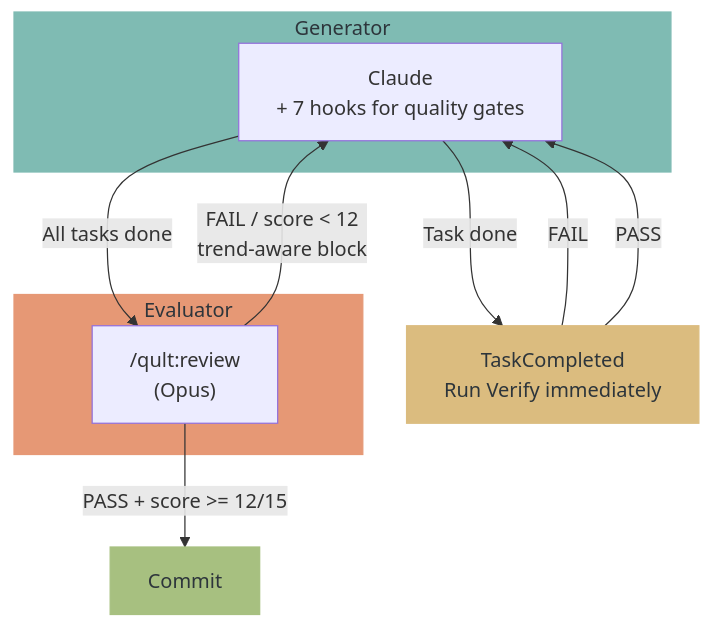
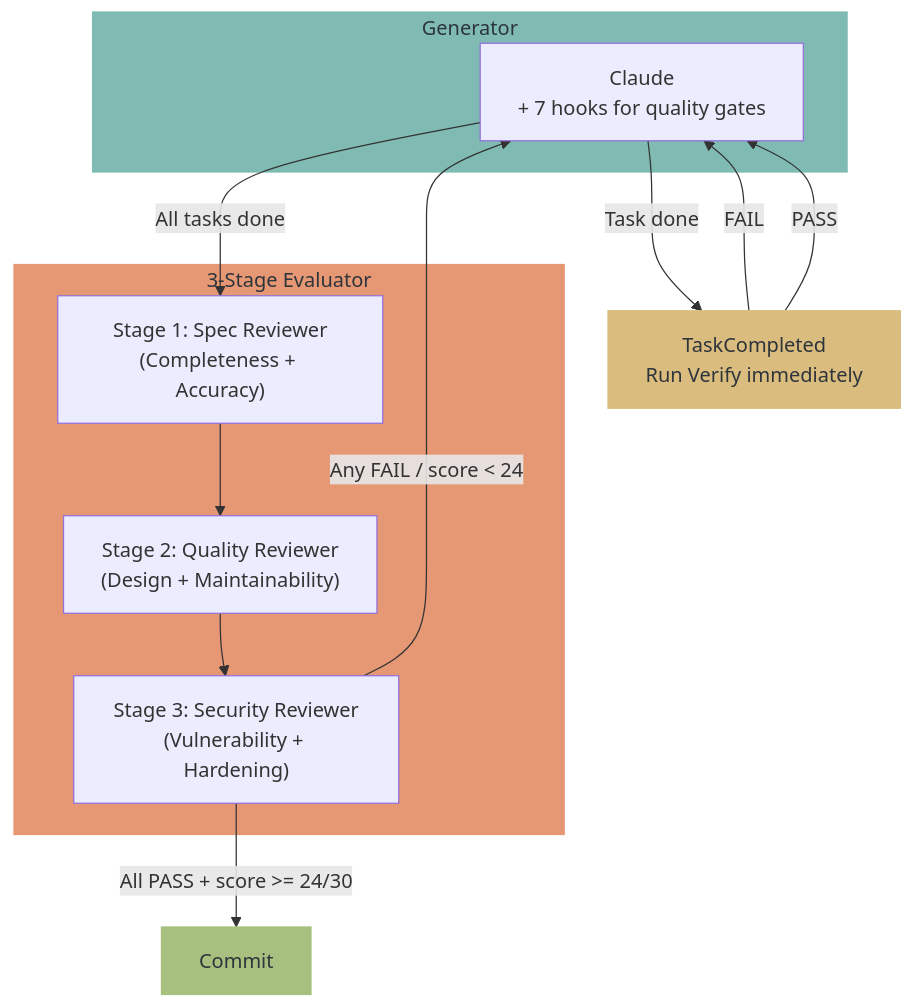
The second of 2 diagrams in README.md (hir4ta/qult), drawn with Mermaid before and after one commit. The commit also changed other lines of this file and 22 other files, not shown here.

````diff
--- a/README.md
+++ b/README.md
@@ -46,21 +67,25 @@
 ```mermaid
 flowchart TB
     subgraph Generator["Generator"]
         Claude["Claude\n+ 7 hooks for quality gates"]
     end
-    subgraph Evaluator["Evaluator"]
-        Rev["/qult:review\n(Opus)"]
+    subgraph Evaluator["3-Stage Evaluator"]
+        Spec["Stage 1: Spec Reviewer\n(Completeness + Accuracy)"]
+        Quality["Stage 2: Quality Reviewer\n(Design + Maintainability)"]
+        Security["Stage 3: Security Reviewer\n(Vulnerability + Hardening)"]
     end
 
     Claude -- "Task done" --> TV["TaskCompleted\nRun Verify immediately"]
     TV -- "FAIL" --> Claude
     TV -- "PASS" --> Claude
-    Claude -- "All tasks done" --> Rev
-    Rev -- "FAIL / score < 12\ntrend-aware block" --> Claude
-    Rev -- "PASS + score >= 12/15" --> Done["Commit"]
+    Claude -- "All tasks done" --> Spec
+    Spec --> Quality
+    Quality --> Security
+    Security -- "Any FAIL / score < 24" --> Claude
+    Security -- "All PASS + score >= 24/30" --> Done["Commit"]
 
     style Generator fill:#7fbbb3,color:#2d353b,stroke:#7fbbb3
     style Evaluator fill:#e69875,color:#2d353b,stroke:#e69875
     style Done fill:#a7c080,color:#2d353b,stroke:#a7c080
     style TV fill:#dbbc7f,color:#2d353b,stroke:#dbbc7f
 ```
````
